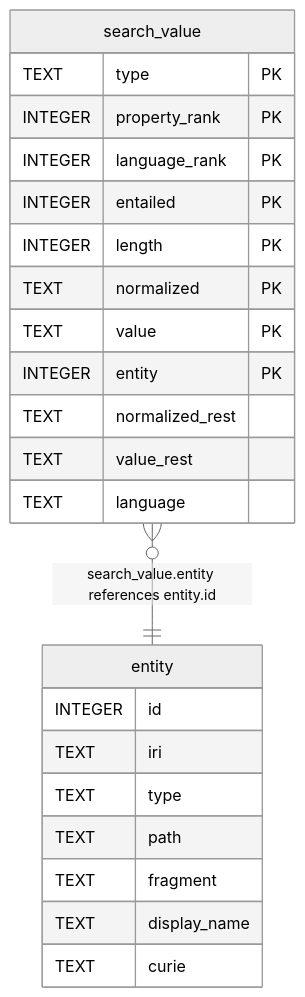
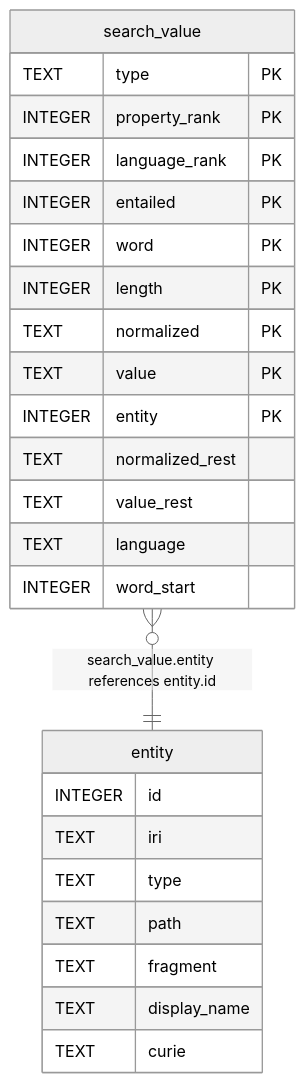
One commit to jclerman/browl changed the diagram in docs/schema/derived/search_value.md. Above: the diagram before and after it, drawn with Mermaid (neutral theme). The commit also changed other lines of this file and 12 other files, not shown here.

````diff
--- a/docs/schema/derived/search_value.md
+++ b/docs/schema/derived/search_value.md
@@ -67,28 +72,30 @@
 ```mermaid
 erDiagram
 
 "search_value" }o--|| "entity" : "search_value.entity references entity.id"
 
 "search_value" {
   TEXT type PK
   INTEGER property_rank PK
   INTEGER language_rank PK
   INTEGER entailed PK
+  INTEGER word PK
   INTEGER length PK
   TEXT normalized PK
   TEXT value PK
   INTEGER entity PK
   TEXT normalized_rest
   TEXT value_rest
   TEXT language
+  INTEGER word_start
 }
 "entity" {
   INTEGER id
   TEXT iri
   TEXT type
   TEXT path
   TEXT fragment
   TEXT display_name
   TEXT curie
 }
 ```
````
